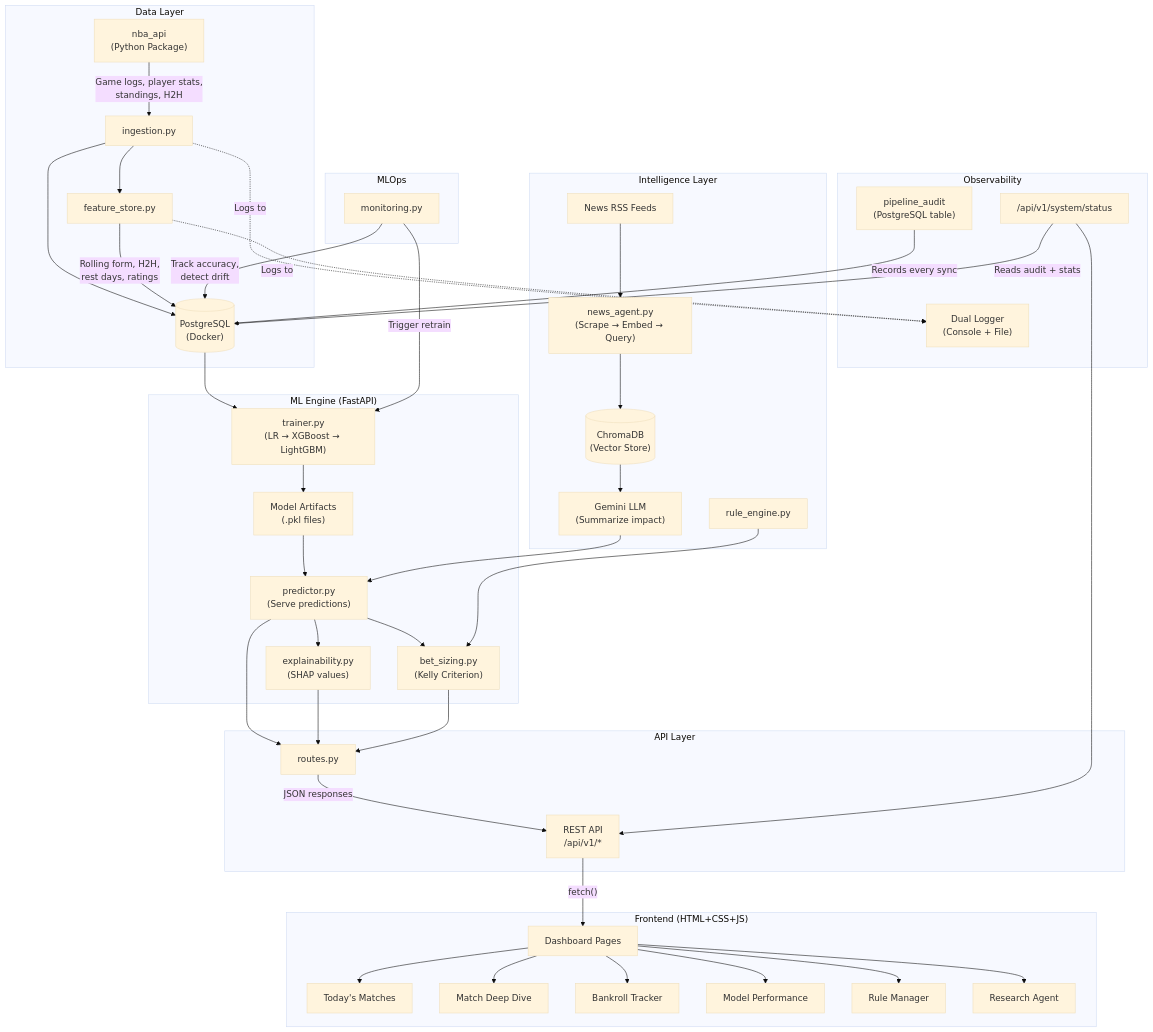
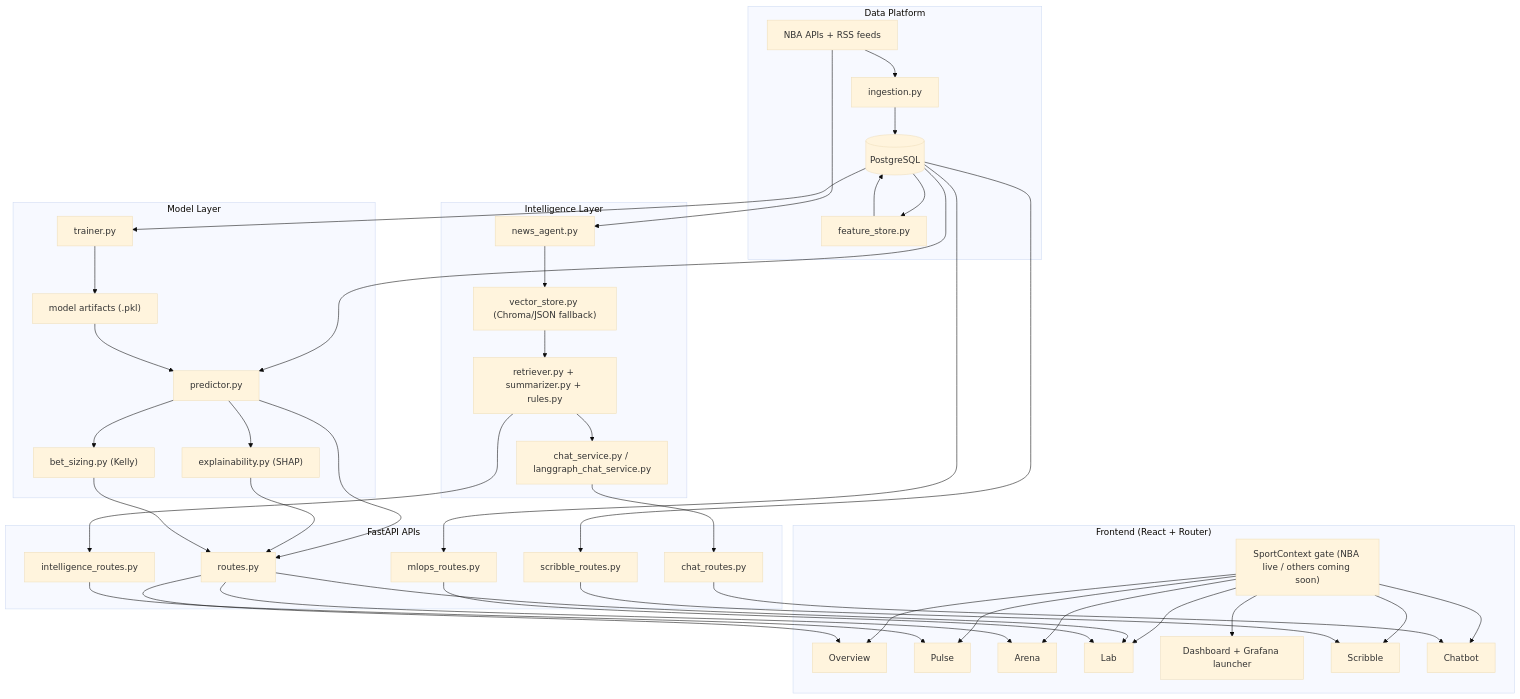
One commit to Honeybadger-139/sports-analytics-intelligence changed the diagram in docs/architecture/system-design.md. Above: the diagram before and after it, drawn with Mermaid (base theme). The commit also changed other lines of this file and 16 other files, not shown here.

Commit message:
Fix sports dashboard service

````diff
--- a/docs/architecture/system-design.md
+++ b/docs/architecture/system-design.md
@@ -15,55 +21,61 @@
 ```mermaid
 graph TB
-    subgraph "Data Layer"
-        A["nba_api<br/>(Python Package)"] -->|"Game logs, player stats,<br/>standings, H2H"| B["ingestion.py"]
-        B --> C[("PostgreSQL<br/>(Docker)")]
-        B --> D["feature_store.py"]
-        D -->|"Rolling form, H2H,<br/>rest days, ratings"| C
+    subgraph "Data Platform"
+        A["NBA APIs + RSS feeds"] --> B["ingestion.py"]
+        B --> C[("PostgreSQL")]
+        C --> D["feature_store.py"]
+        D --> C
     end
 
-    subgraph "ML Engine (FastAPI)"
-        C --> E["trainer.py<br/>(LR → XGBoost → LightGBM)"]
-        E --> F["Model Artifacts<br/>(.pkl files)"]
-        F --> G["predictor.py<br/>(Serve predictions)"]
-        G --> H["explainability.py<br/>(SHAP values)"]
-        G --> I["bet_sizing.py<br/>(Kelly Criterion)"]
+    subgraph "Model Layer"
+        C --> E["trainer.py"]
+        E --> F["model artifacts (.pkl)"]
+        C --> G["predictor.py"]
+        F --> G
+        G --> H["explainability.py (SHAP)"]
+        G --> I["bet_sizing.py (Kelly)"]
     end
 
     subgraph "Intelligence Layer"
-        J["News RSS Feeds"] --> K["news_agent.py<br/>(Scrape → Embed → Query)"]
-        K --> L[("ChromaDB<br/>(Vector Store)")]
-        L --> M["Gemini LLM<br/>(Summarize impact)"]
-        M --> G
-        N["rule_engine.py"] --> I
+        A --> J["news_agent.py"]
+        J --> K["vector_store.py (Chroma/JSON fallback)"]
+        K --> L["retriever.py + summarizer.py + rules.py"]
+        L --> M["chat_service.py / langgraph_chat_service.py"]
     end
 
-    subgraph "API Layer"
-        G --> O["routes.py"]
-        H --> O
-        I --> O
-        O -->|"JSON responses"| P["REST API<br/>/api/v1/*"]
+    subgraph "FastAPI APIs"
+        G --> N["routes.py"]
+        H --> N
+        I --> N
+        L --> O["intelligence_routes.py"]
+        M --> P["chat_routes.py"]
+        C --> Q["scribble_routes.py"]
+        C --> R["mlops_routes.py"]
     end
 
-    subgraph "Frontend (HTML+CSS+JS)"
-        P -->|"fetch()"| Q["Dashboard Pages"]
-        Q --> R["Today's Matches"]
-        Q --> S["Match Deep Dive"]
-        Q --> T["Bankroll Tracker"]
-        Q --> U["Model Performance"]
-        Q --> V["Rule Manager"]
-        Q --> W["Research Agent"]
+    subgraph "Frontend (React + Router)"
+        S["Overview"]
+        T["Pulse"]
+        U["Arena"]
+        V["Lab"]
+        W["Dashboard + Grafana launcher"]
+        X["Scribble"]
+        Y["Chatbot"]
+        Z["SportContext gate (NBA live / others coming soon)"]
+        Z --> S
+        Z --> T
+        Z --> U
+        Z --> V
+        Z --> W
+        Z --> X
+        Z --> Y
     end
 
-    subgraph "MLOps"
-        X["monitoring.py"] -->|"Track accuracy,<br/>detect drift"| C
-        X -->|"Trigger retrain"| E
-    end
-
-    subgraph "Observability"
-        Y["pipeline_audit<br/>(PostgreSQL table)"] ---|"Records every sync"| C
-        B -.->|"Logs to"| Z["Dual Logger<br/>(Console + File)"]
-        D -.->|"Logs to"| Z
-        AA["/api/v1/system/status"] -->|"Reads audit + stats"| C
-        AA --> P
-    end
+    N --> S
+    N --> U
+    N --> V
+    O --> T
+    R --> V
+    Q --> X
+    P --> Y
 ```
````
